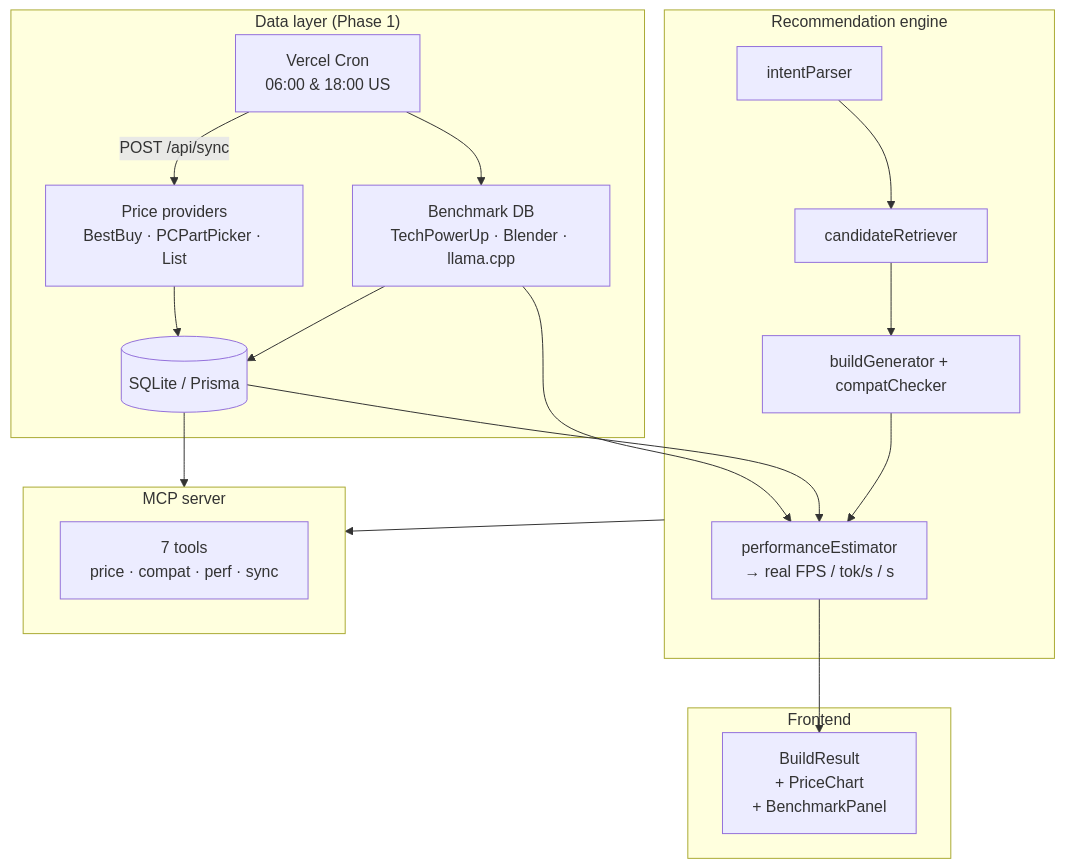
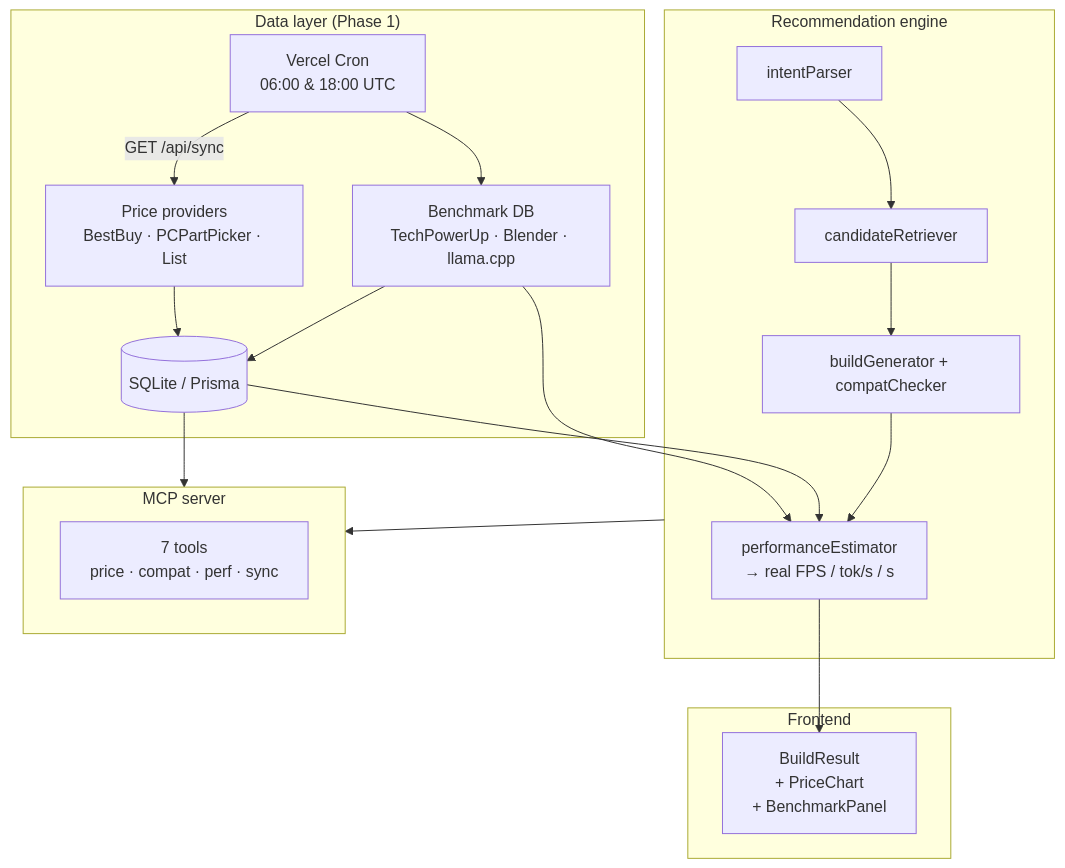
One commit to Oliverrr2424/AIPC changed the diagram in README.md. Above: the diagram before and after it, drawn with Mermaid. The commit also changed other lines of this file and 12 other files, not shown here.

````diff
--- a/README.md
+++ b/README.md
@@ -33,28 +33,28 @@
 ```mermaid
 flowchart TB
   subgraph Data["Data layer (Phase 1)"]
     DB[(SQLite / Prisma)]
     Prices["Price providers\nBestBuy · PCPartPicker · List"]
     Bench["Benchmark DB\nTechPowerUp · Blender · llama.cpp"]
-    Cron["Vercel Cron\n06:00 & 18:00 US"]
+    Cron["Vercel Cron\n06:00 & 18:00 UTC"]
   end
   subgraph Engine["Recommendation engine"]
     Intent["intentParser"]
     Retrieve["candidateRetriever"]
     Build["buildGenerator + compatChecker"]
     Perf["performanceEstimator\n→ real FPS / tok/s / s"]
   end
   subgraph UI["Frontend"]
     Result["BuildResult\n+ PriceChart\n+ BenchmarkPanel"]
   end
   subgraph MCP["MCP server"]
     Tools["7 tools\nprice · compat · perf · sync"]
   end
-  Cron -->|POST /api/sync| Prices --> DB
+  Cron -->|GET /api/sync| Prices --> DB
   Cron --> Bench --> DB
   Bench --> Perf
   DB --> Perf
   Intent --> Retrieve --> Build --> Perf --> Result
   DB --> MCP
   Engine --> MCP
 ```
````
